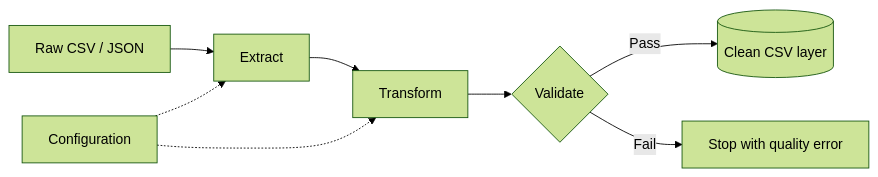
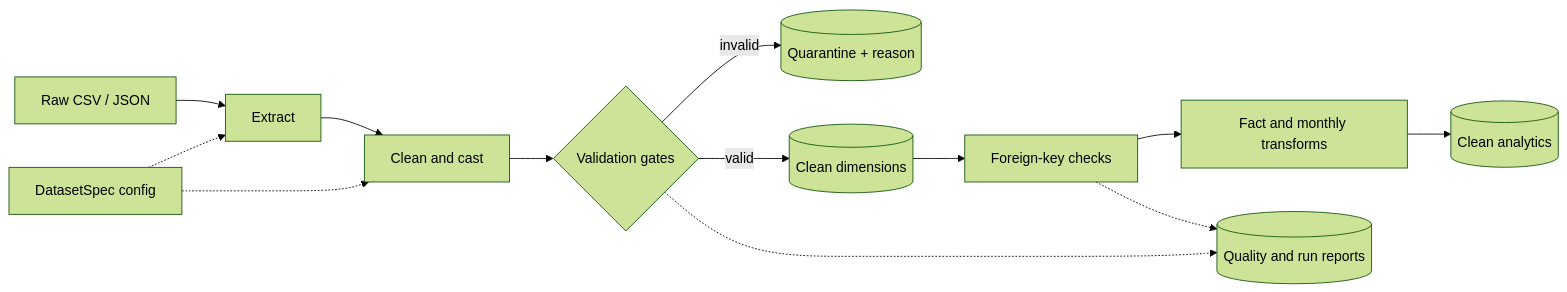
Before and after one commit to Emmanuel262/Configuration-Driven-Python-ETL-Pipeline: the diagram in README.md, drawn with Mermaid (forest theme). The commit also changed other lines of this file and 17 other files, not shown here.

````diff
--- a/README.md
+++ b/README.md
@@ -27,10 +32,15 @@
 ```mermaid
 flowchart LR
     A[Raw CSV / JSON] --> B[Extract]
-    C[Configuration] -.-> B
-    B --> D[Transform]
+    C[DatasetSpec config] -.-> B
+    B --> D[Clean and cast]
     C -.-> D
-    D --> E{Validate}
-    E -->|Pass| F[(Clean CSV layer)]
-    E -->|Fail| G[Stop with quality error]
+    D --> E{Validation gates}
+    E -->|invalid| Q[(Quarantine + reason)]
+    E -->|valid| F[(Clean dimensions)]
+    F --> G[Foreign-key checks]
+    G --> H[Fact and monthly transforms]
+    H --> I[(Clean analytics)]
+    E -.-> R[(Quality and run reports)]
+    G -.-> R
 ```
````
